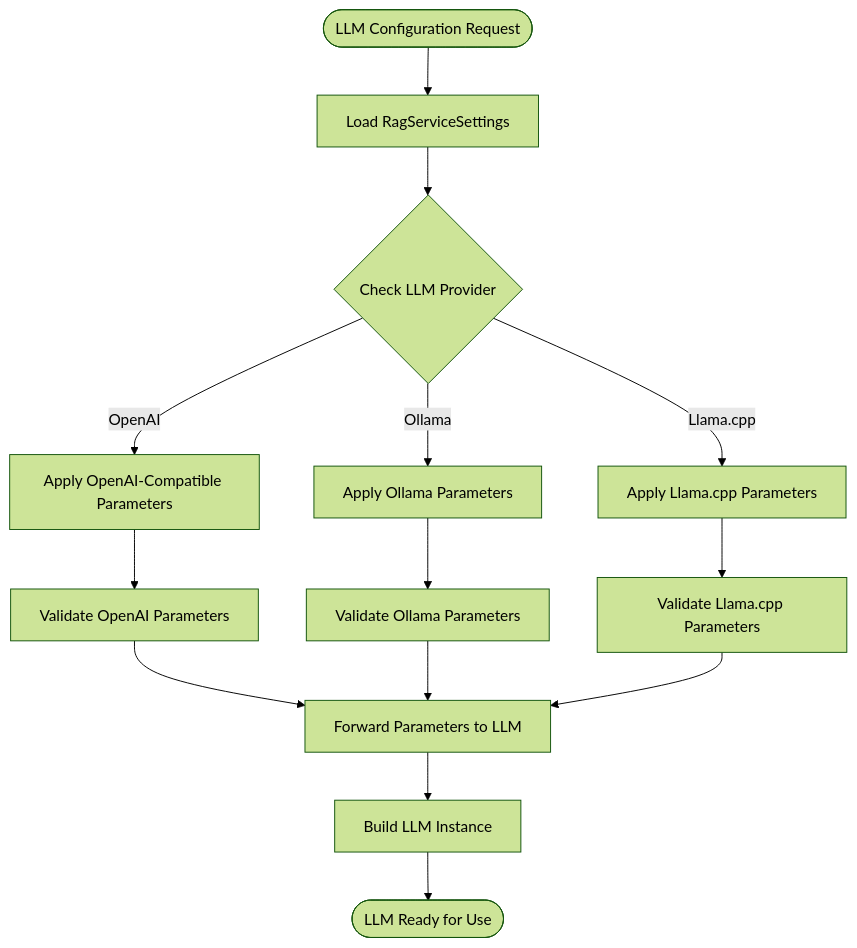
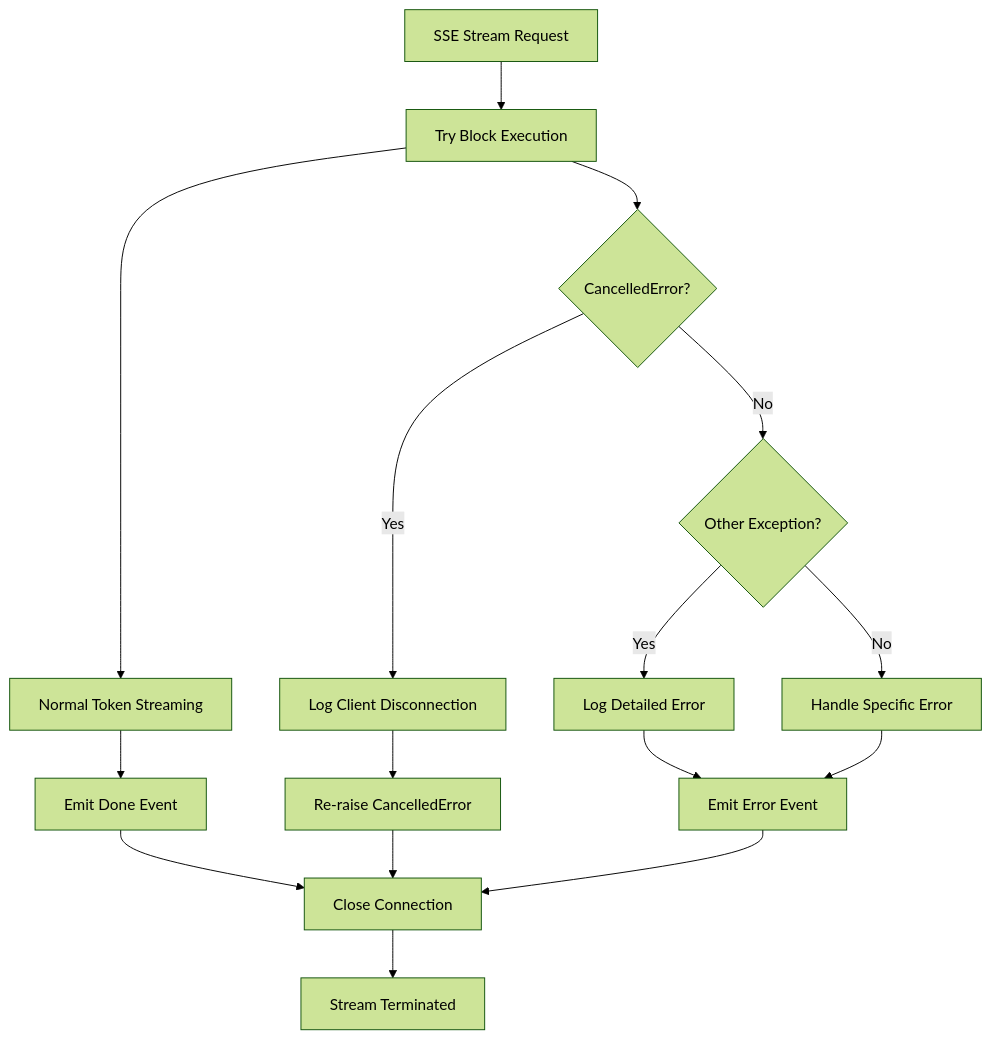
One commit to ognelis/cafetera_hr_bot changed the eighth of 23 diagrams in .qoder/repowiki/en/content/API Reference/RAG Microservice Architecture.md. Above: the diagram before and after it, drawn with Mermaid (forest theme). The commit also changed other lines of this file and 51 other files, not shown here.

````diff
--- a/.qoder/repowiki/en/content/API Reference/RAG Microservice Architecture.md
+++ b/.qoder/repowiki/en/content/API Reference/RAG Microservice Architecture.md
@@ -185,16 +452,18 @@
 ```mermaid
 flowchart TD
-Start(["LLM Configuration Request"]) --> LoadSettings["Load RagServiceSettings"]
-LoadSettings --> CheckProvider{"Check LLM Provider"}
-CheckProvider --> |OpenAI| OpenAIParams["Apply OpenAI-Compatible Parameters"]
-CheckProvider --> |Ollama| OllamaParams["Apply Ollama Parameters"]
-CheckProvider --> |Llama.cpp| LlamaParams["Apply Llama.cpp Parameters"]
-OpenAIParams --> OpenAIValidation["Validate OpenAI Parameters"]
-OllamaParams --> OllamaValidation["Validate Ollama Parameters"]
-LlamaParams --> LlamaValidation["Validate Llama.cpp Parameters"]
-OpenAIValidation --> ForwardParams["Forward Parameters to LLM"]
-OllamaValidation --> ForwardParams
-LlamaValidation --> ForwardParams
-ForwardParams --> BuildLLM["Build LLM Instance"]
-BuildLLM --> End(["LLM Ready for Use"])
+Start["SSE Stream Request"] --> TryBlock["Try Block Execution"]
+TryBlock --> NormalFlow["Normal Token Streaming"]
+NormalFlow --> DoneEvent["Emit Done Event"]
+DoneEvent --> CloseConn["Close Connection"]
+TryBlock --> CancelError{"CancelledError?"}
+CancelError --> |Yes| LogDisconnect["Log Client Disconnection"]
+CancelError --> |No| OtherError{"Other Exception?"}
+OtherError --> |Yes| LogError["Log Detailed Error"]
+OtherError --> |No| HandleError["Handle Specific Error"]
+LogDisconnect --> RaiseCancel["Re-raise CancelledError"]
+RaiseCancel --> CloseConn
+LogError --> EmitError["Emit Error Event"]
+HandleError --> EmitError
+EmitError --> CloseConn
+CloseConn --> End["Stream Terminated"]
 ```
````
